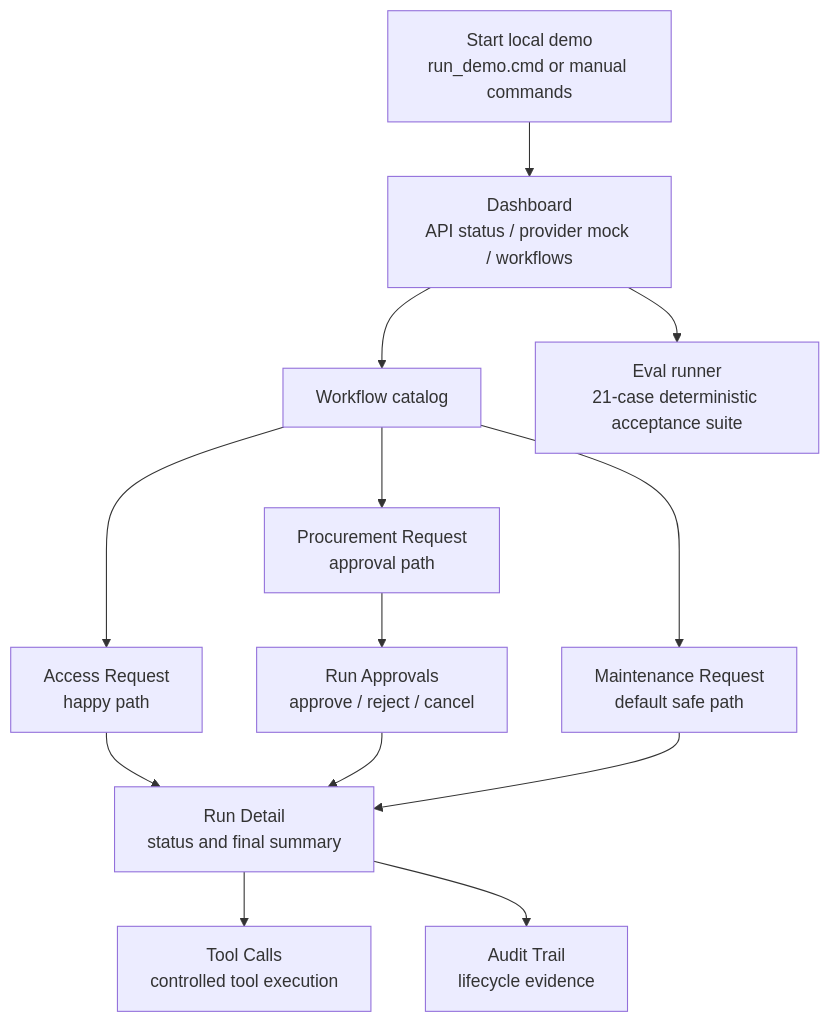
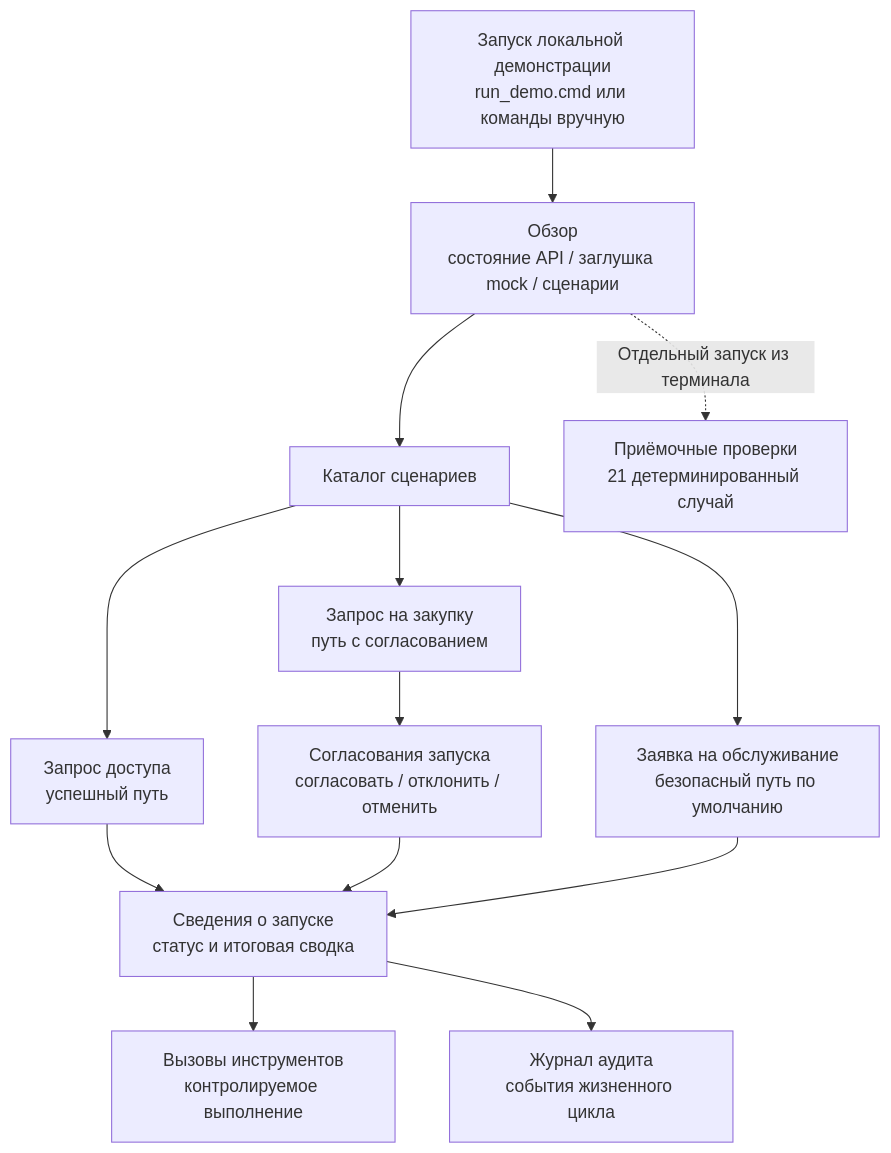
One commit to Vkuvalin/enterprise-ai-tool-gateway changed the diagram in docs/DEMO_WALKTHROUGH.md. Above: the diagram before and after it, drawn with Mermaid. The commit also changed other lines of this file and 8 other files, not shown here.

````diff
--- a/docs/DEMO_WALKTHROUGH.md
+++ b/docs/DEMO_WALKTHROUGH.md
@@ -20,34 +20,34 @@
 ```mermaid
 flowchart TB
-    Start["Start local demo<br/>run_demo.cmd or manual commands"]
-    Dashboard["Dashboard<br/>API status / provider mock / workflows"]
-    Workflows["Workflow catalog"]
+    Start["Запуск локальной демонстрации<br/>run_demo.cmd или команды вручную"]
+    Dashboard["Обзор<br/>состояние API / заглушка mock / сценарии"]
+    Workflows["Каталог сценариев"]
 
-    Access["Access Request<br/>happy path"]
-    Procurement["Procurement Request<br/>approval path"]
-    ProcurementApproval["Run Approvals<br/>approve / reject / cancel"]
-    Maintenance["Maintenance Request<br/>default safe path"]
+    Access["Запрос доступа<br/>успешный путь"]
+    Procurement["Запрос на закупку<br/>путь с согласованием"]
+    ProcurementApproval["Согласования запуска<br/>согласовать / отклонить / отменить"]
+    Maintenance["Заявка на обслуживание<br/>безопасный путь по умолчанию"]
 
-    RunDetail["Run Detail<br/>status and final summary"]
-    ToolCalls["Tool Calls<br/>controlled tool execution"]
-    AuditTrail["Audit Trail<br/>lifecycle evidence"]
+    RunDetail["Сведения о запуске<br/>статус и итоговая сводка"]
+    ToolCalls["Вызовы инструментов<br/>контролируемое выполнение"]
+    AuditTrail["Журнал аудита<br/>события жизненного цикла"]
 
-    Evals["Eval runner<br/>21-case deterministic acceptance suite"]
+    Evals["Приёмочные проверки<br/>21 детерминированный случай"]
 
     Start --> Dashboard
     Dashboard --> Workflows
 
     Workflows --> Access
     Workflows --> Procurement
     Workflows --> Maintenance
 
     Access --> RunDetail
     Procurement --> ProcurementApproval
     ProcurementApproval --> RunDetail
     Maintenance --> RunDetail
 
     RunDetail --> ToolCalls
     RunDetail --> AuditTrail
 
-    Dashboard --> Evals
+    Dashboard -. "Отдельный запуск из терминала" .-> Evals
 ```
````
